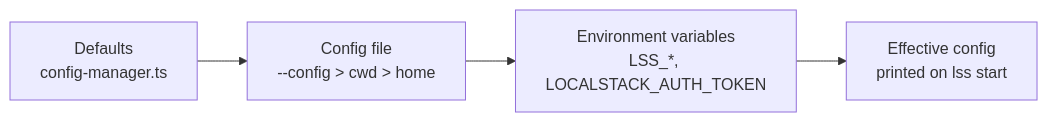
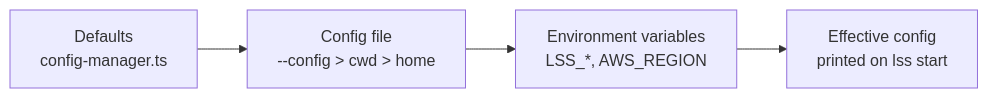
One commit to Viserion77/local-serverless-stack changed the diagram in docs/CONFIGURATION.md. Above: the diagram before and after it, drawn with Mermaid. The commit also changed other lines of this file and 294 other files, not shown here.

````diff
--- a/docs/CONFIGURATION.md
+++ b/docs/CONFIGURATION.md
@@ -17,6 +17,6 @@
 ```mermaid
 flowchart LR
     A[Defaults<br/>config-manager.ts] --> B[Config file<br/>--config > cwd > home]
-    B --> C[Environment variables<br/>LSS_*, LOCALSTACK_AUTH_TOKEN]
+    B --> C[Environment variables<br/>LSS_*, AWS_REGION]
     C --> D[Effective config<br/>printed on lss start]
 ```
````
